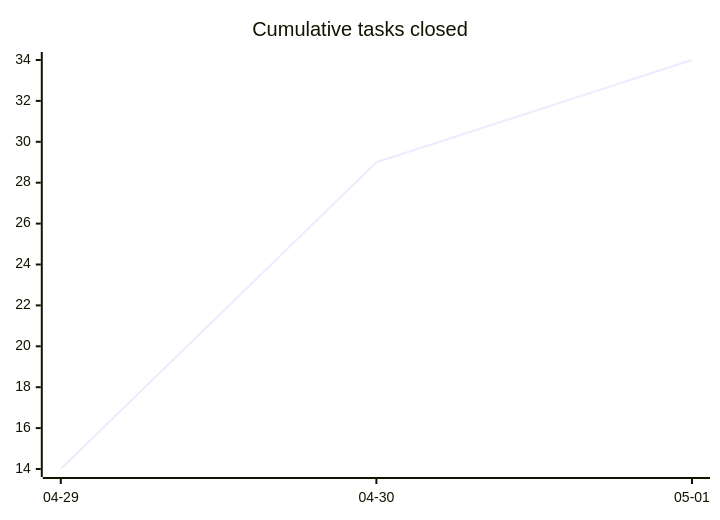
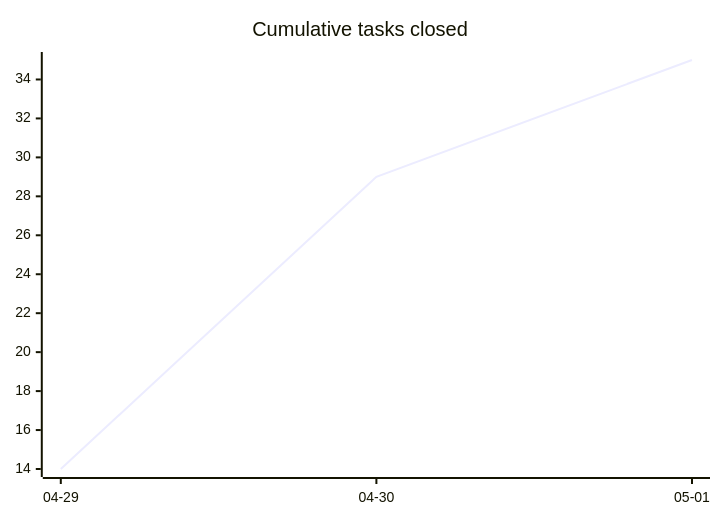
One commit to tgd1975/AwesomeStudioPedal changed the first of 3 diagrams in docs/developers/tasks/OVERVIEW.md. Above: the diagram before and after it, drawn with Mermaid. The commit also changed other lines of this file and 13 other files, not shown here.

````diff
--- a/docs/developers/tasks/OVERVIEW.md
+++ b/docs/developers/tasks/OVERVIEW.md
@@ -22,6 +22,6 @@
 ```mermaid
 xychart-beta
     title "Cumulative tasks closed"
     x-axis ["04-29", "04-30", "05-01"]
-    line [14, 29, 34]
+    line [14, 29, 35]
 ```
````
